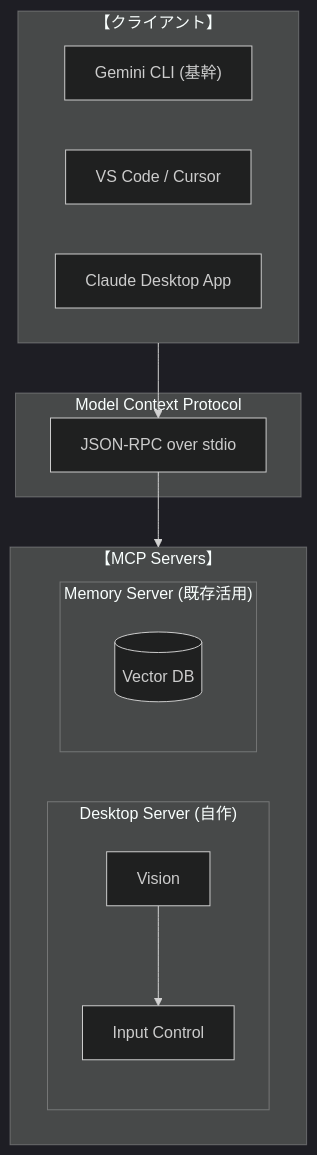
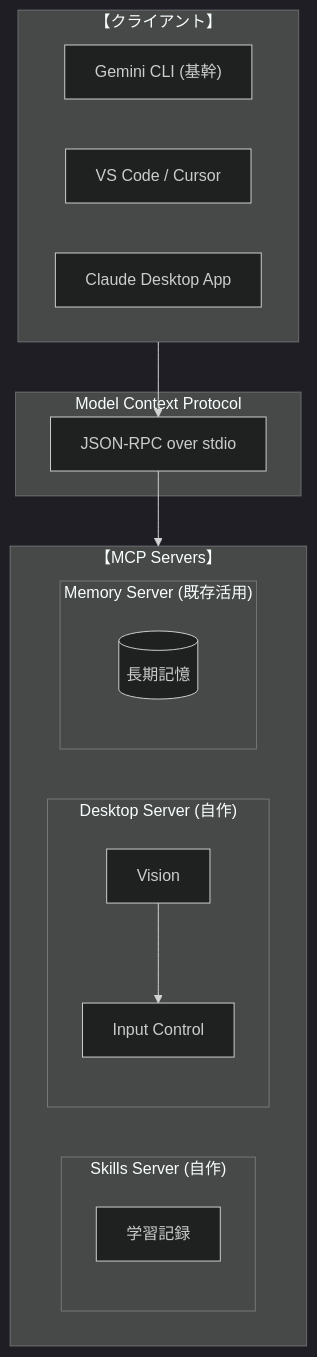
One commit to tomoharu-hayashi/jarvis changed the diagram in README.md. Above: the diagram before and after it, drawn with Mermaid (dark theme). The commit also changed other lines of this file and 3 other files, not shown here.

````diff
--- a/README.md
+++ b/README.md
@@ -38,23 +56,26 @@
 ```mermaid
 graph TD
     subgraph Clients ["【クライアント】"]
         ClientA["Gemini CLI (基幹)"]
         ClientB["VS Code / Cursor"]
         ClientC["Claude Desktop App"]
     end
 
     subgraph MCP ["Model Context Protocol"]
         Pipe[JSON-RPC over stdio]
     end
 
     subgraph Servers ["【MCP Servers】"]
+        subgraph Skills ["Skills Server (自作)"]
+            Learning["学習記録"]
+        end
         subgraph Desktop ["Desktop Server (自作)"]
             Vision[Vision] --> Input[Input Control]
         end
         subgraph Memory ["Memory Server (既存活用)"]
-            VectorDB[("Vector DB")]
+            VectorDB[("長期記憶")]
         end
     end
 
     Clients --> Pipe --> Servers
 ```
````
